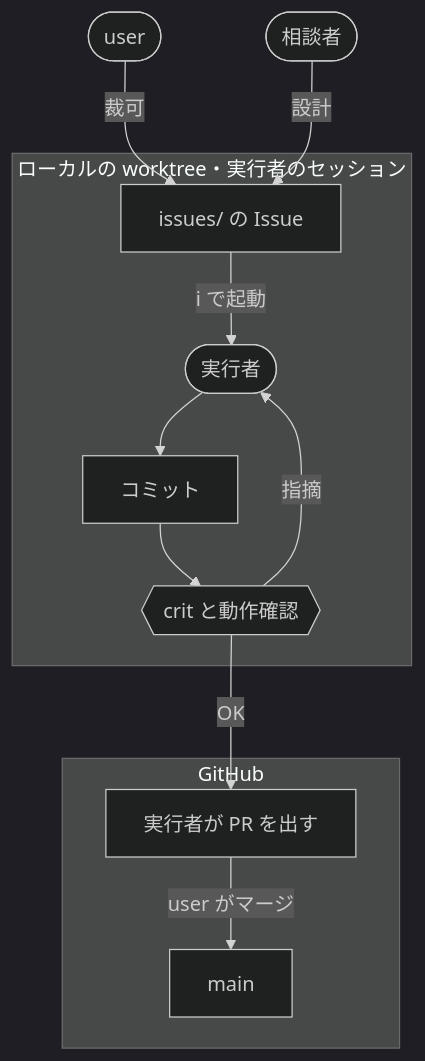
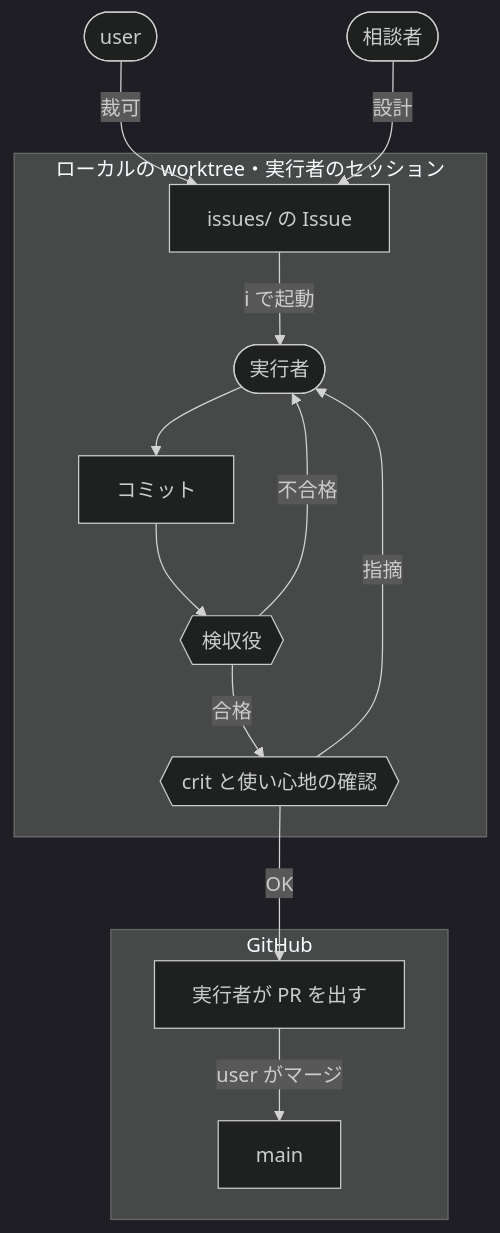
One commit to yktsnet/dotfiles-public changed the diagram in README.md. Above: the diagram before and after it, drawn with Mermaid (dark theme). The commit also changed other lines of this file and 5 other files, not shown here.

````diff
--- a/README.md
+++ b/README.md
@@ -84,15 +88,17 @@
 ```mermaid
 flowchart TD
     U([user]) -->|裁可| I[issues/ の Issue]
     C([相談者]) -->|設計| I
     subgraph local [ローカルの worktree・実行者のセッション]
         I -->|i で起動| E([実行者])
         E --> L[コミット]
-        L --> V{{crit と動作確認}}
+        L --> J{{検収役}}
+        J -->|不合格| E
+        J -->|合格| V{{crit と使い心地の確認}}
         V -->|指摘| E
     end
     V -->|OK| P
     subgraph remote [GitHub]
         P[実行者が PR を出す] -->|user がマージ| M[main]
     end
 ```
````
